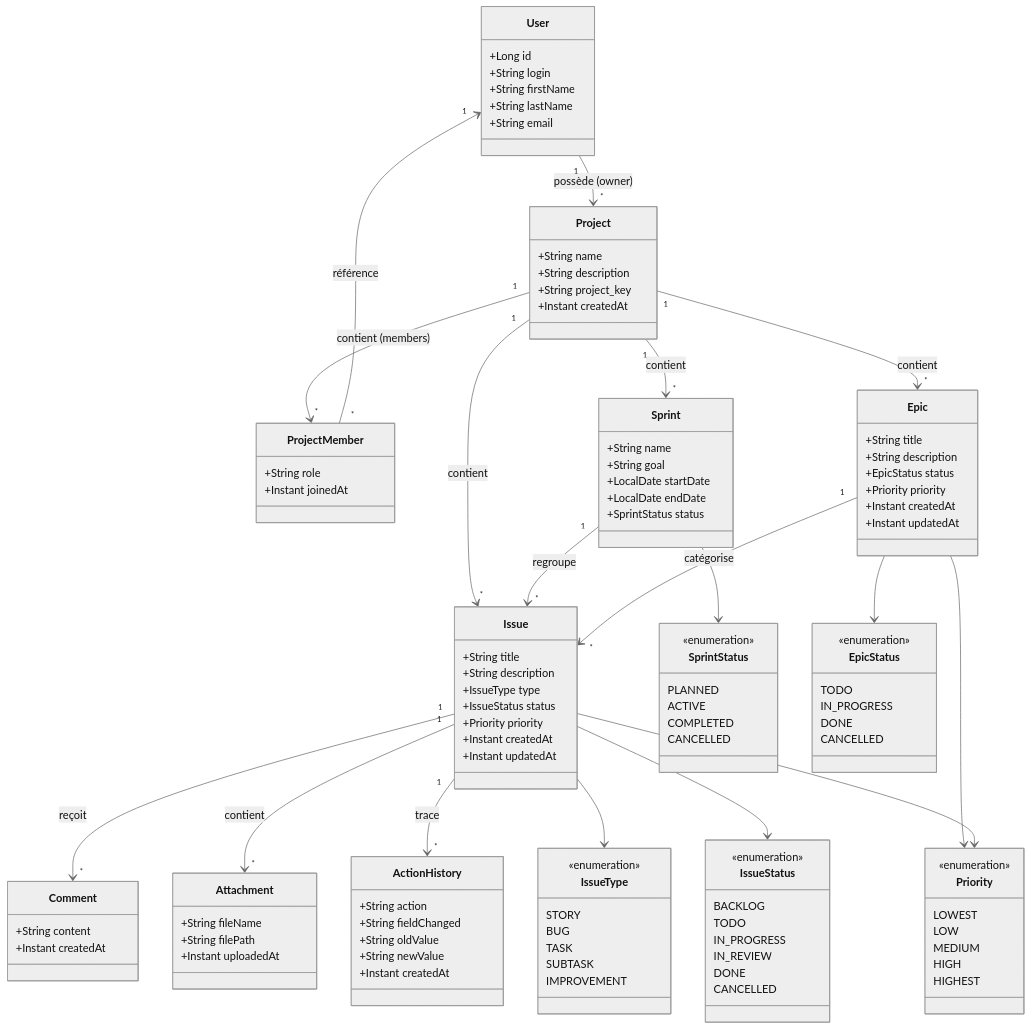
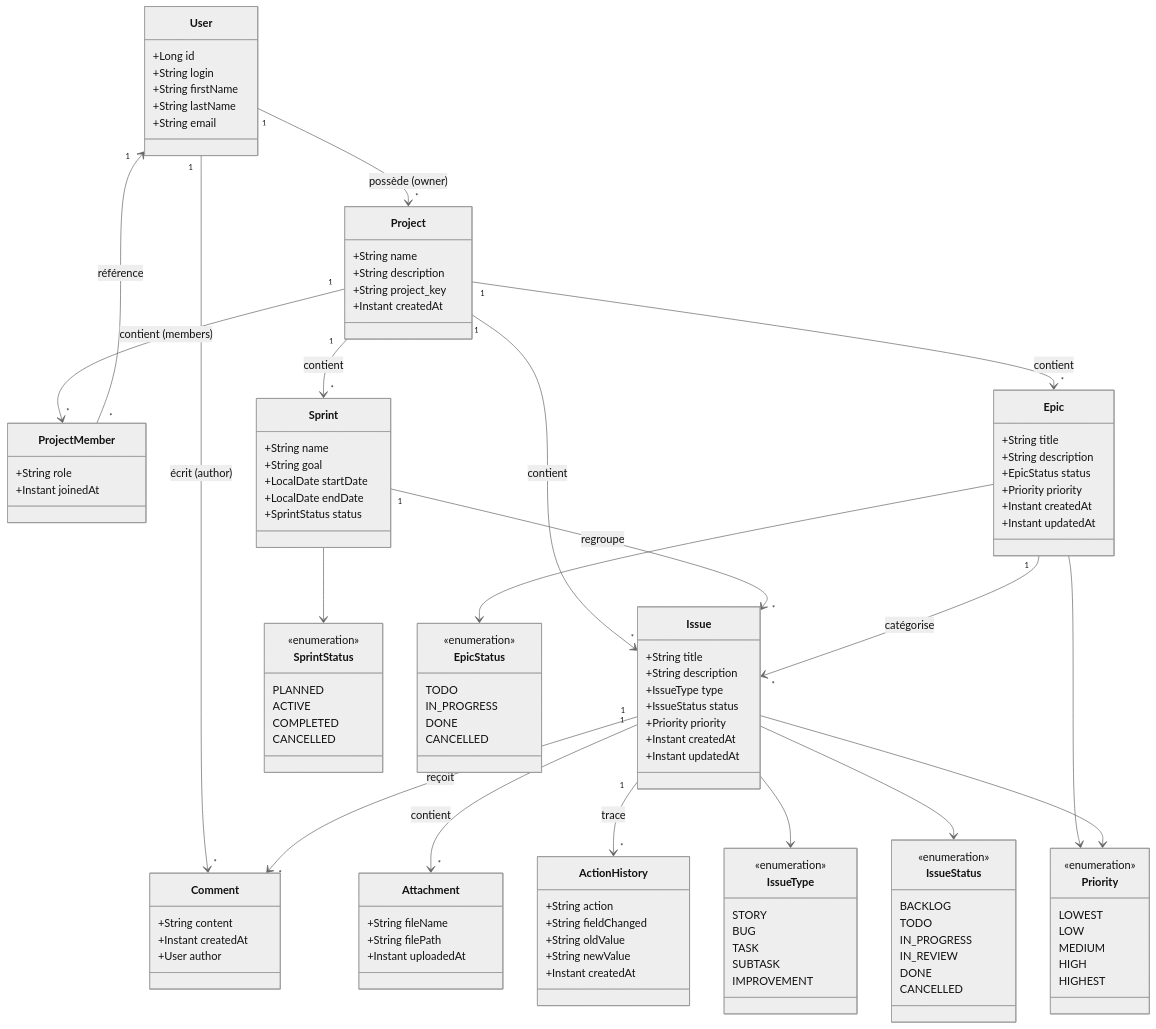
One commit to 24231-Brahim/gestion_taches changed the diagram in docs/fiche-classes.md. Above: the diagram before and after it, drawn with Mermaid (neutral theme). The commit also changed other lines of this file and 99 other files, not shown here.

```diff
--- a/docs/fiche-classes.md
+++ b/docs/fiche-classes.md
@@ -54,6 +54,7 @@
     class Comment {
         +String content
         +Instant createdAt
+        +User author
     }
 
     class Attachment {
@@ -122,6 +123,7 @@
     Project "1" --> "*" Issue : contient
     Sprint "1" --> "*" Issue : regroupe
     Epic "1" --> "*" Issue : catégorise
+    User "1" --> "*" Comment : écrit (author)
     Issue "1" --> "*" Comment : reçoit
     Issue "1" --> "*" Attachment : contient
     Issue "1" --> "*" ActionHistory : trace
```
